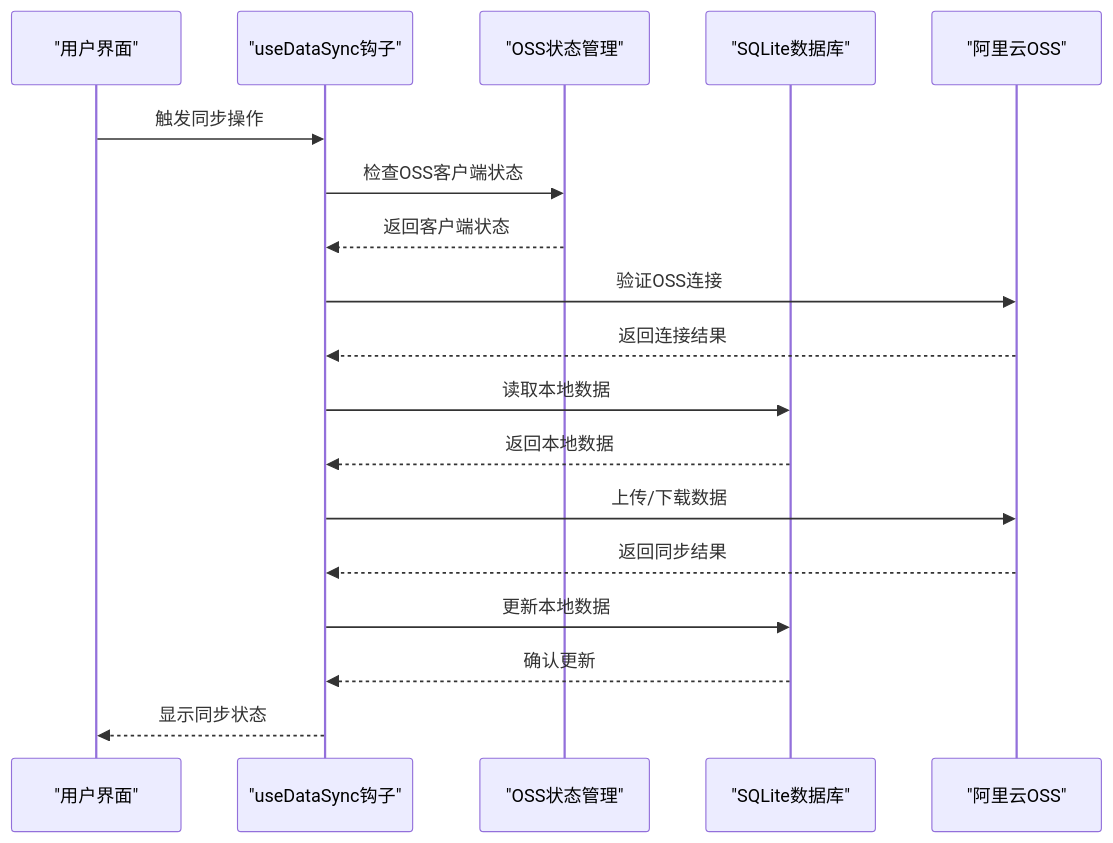
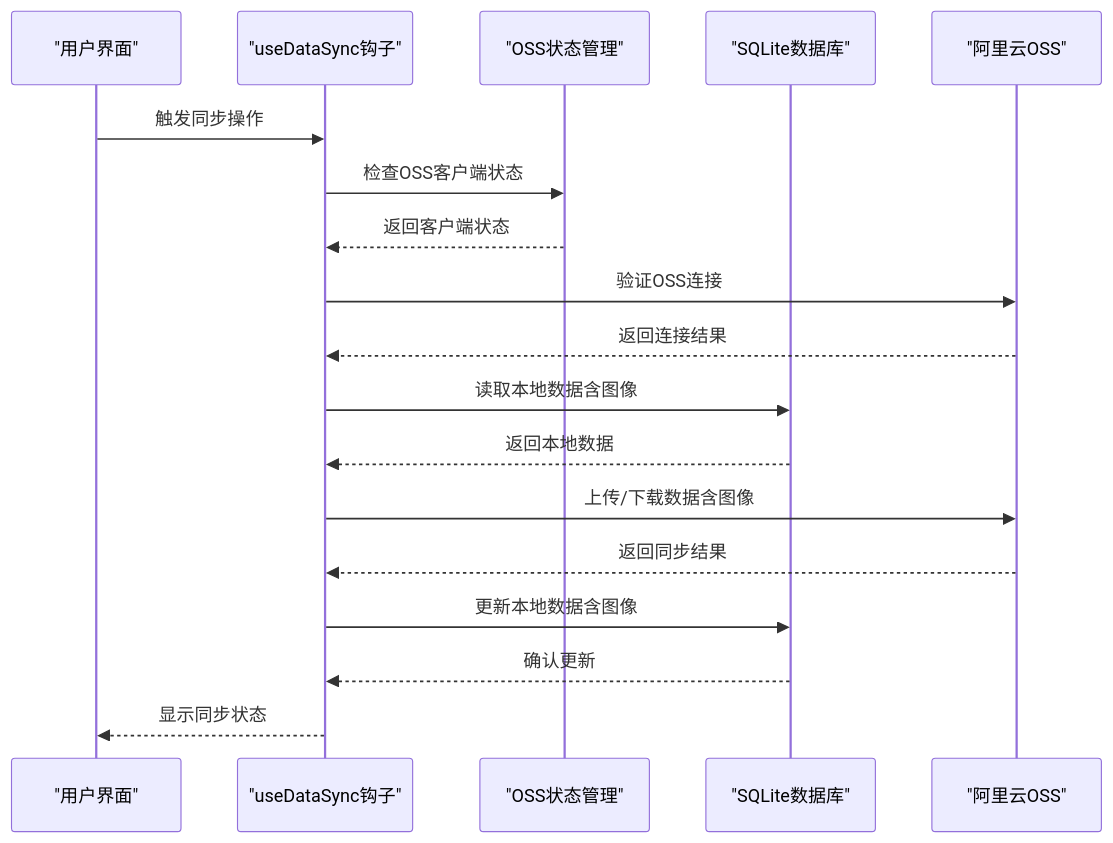
The third of 14 diagrams in .qoder/repowiki/zh/content/API参考手册/业务逻辑API/数据同步API.md (scgithub3220216/password-manager), drawn with Mermaid before and after one commit. The commit also changed other lines of this file and 15 other files, not shown here.

First line of the commit message:
feat(sync): 增强数据同步以支持图像数据管理

````diff
--- a/.qoder/repowiki/zh/content/API参考手册/业务逻辑API/数据同步API.md
+++ b/.qoder/repowiki/zh/content/API参考手册/业务逻辑API/数据同步API.md
@@ -131,20 +153,20 @@
 ```mermaid
 sequenceDiagram
 participant UI as "用户界面"
 participant Hook as "useDataSync钩子"
 participant Store as "OSS状态管理"
 participant DB as "SQLite数据库"
 participant OSS as "阿里云OSS"
 UI->>Hook : 触发同步操作
 Hook->>Store : 检查OSS客户端状态
 Store-->>Hook : 返回客户端状态
 Hook->>OSS : 验证OSS连接
 OSS-->>Hook : 返回连接结果
-Hook->>DB : 读取本地数据
+Hook->>DB : 读取本地数据含图像
 DB-->>Hook : 返回本地数据
-Hook->>OSS : 上传/下载数据
+Hook->>OSS : 上传/下载数据含图像
 OSS-->>Hook : 返回同步结果
-Hook->>DB : 更新本地数据
+Hook->>DB : 更新本地数据含图像
 DB-->>Hook : 确认更新
 Hook-->>UI : 显示同步状态
 ```
````
